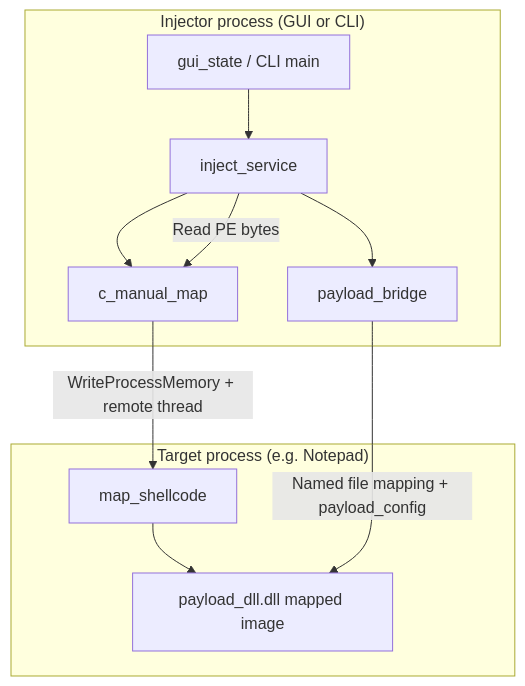
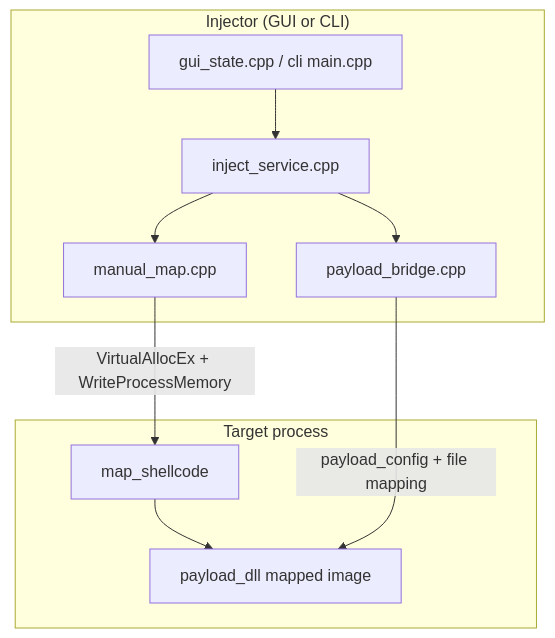
The second of 3 diagrams in README.md (LucasZhang3/ManualMapper), drawn with Mermaid before and after one commit. The commit also changed other lines of this file and 19 other files, not shown here.

````diff
--- a/README.md
+++ b/README.md
@@ -51,22 +135,21 @@
 ```mermaid
 flowchart TB
-    subgraph host["Injector process (GUI or CLI)"]
-        UI[gui_state / CLI main]
-        IS[inject_service]
-        PB[payload_bridge]
-        MM[c_manual_map]
-        UI --> IS
+    subgraph Host["Injector (GUI or CLI)"]
+        GS[gui_state.cpp / cli main.cpp]
+        IS[inject_service.cpp]
+        PB[payload_bridge.cpp]
+        MM[manual_map.cpp]
+        GS --> IS
         IS --> PB
         IS --> MM
     end
 
-    subgraph target["Target process (e.g. Notepad)"]
-        SC[map_shellcode]
-        DLL[payload_dll.dll mapped image]
-        SC --> DLL
+    subgraph Target["Target process"]
+        LD[map_shellcode]
+        DLL[payload_dll mapped image]
+        LD --> DLL
     end
 
-    MM -->|WriteProcessMemory + remote thread| SC
-    PB -->|Named file mapping + payload_config| DLL
-    IS -->|Read PE bytes| MM
+    MM -->|VirtualAllocEx + WriteProcessMemory| LD
+    PB -->|payload_config + file mapping| DLL
 ```
````
